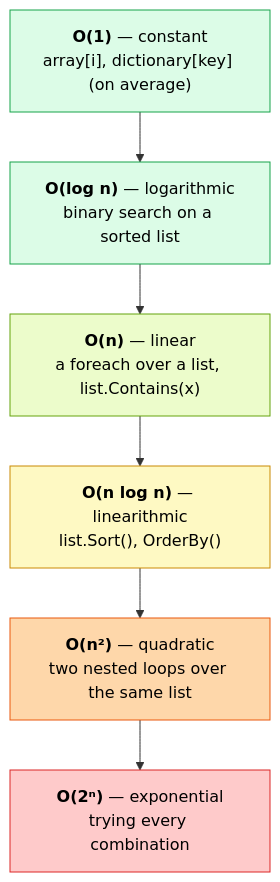
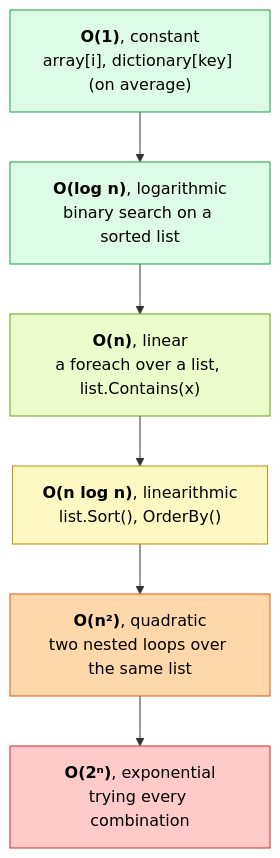
The third of 12 diagrams in lessons/00-big-o/README.md (callasalvatore/csharp-algorithms), drawn with Mermaid before and after one commit. The commit also changed other lines of this file and 4 other files, not shown here.

````diff
--- a/lessons/00-big-o/README.md
+++ b/lessons/00-big-o/README.md
@@ -197,17 +179,17 @@
 ```mermaid
 flowchart TB
-    O1["<b>O(1)</b> — constant<br/>array[i], dictionary[key] (on average)"]:::great
-    Olog["<b>O(log n)</b> — logarithmic<br/>binary search on a sorted list"]:::great
-    On["<b>O(n)</b> — linear<br/>a foreach over a list, list.Contains(x)"]:::good
-    Onlog["<b>O(n log n)</b> — linearithmic<br/>list.Sort(), OrderBy()"]:::ok
-    On2["<b>O(n²)</b> — quadratic<br/>two nested loops over the same list"]:::bad
-    O2n["<b>O(2ⁿ)</b> — exponential<br/>trying every combination"]:::terrible
+    O1["<b>O(1)</b>, constant<br/>array[i], dictionary[key] (on average)"]:::great
+    Olog["<b>O(log n)</b>, logarithmic<br/>binary search on a sorted list"]:::great
+    On["<b>O(n)</b>, linear<br/>a foreach over a list, list.Contains(x)"]:::good
+    Onlog["<b>O(n log n)</b>, linearithmic<br/>list.Sort(), OrderBy()"]:::ok
+    On2["<b>O(n²)</b>, quadratic<br/>two nested loops over the same list"]:::bad
+    O2n["<b>O(2ⁿ)</b>, exponential<br/>trying every combination"]:::terrible
 
     O1 --> Olog --> On --> Onlog --> On2 --> O2n
 
     classDef great fill:#dcfce7,stroke:#16a34a,color:#000
     classDef good fill:#ecfccb,stroke:#65a30d,color:#000
     classDef ok fill:#fef9c3,stroke:#ca8a04,color:#000
     classDef bad fill:#fed7aa,stroke:#ea580c,color:#000
     classDef terrible fill:#fecaca,stroke:#dc2626,color:#000
 ```
````
